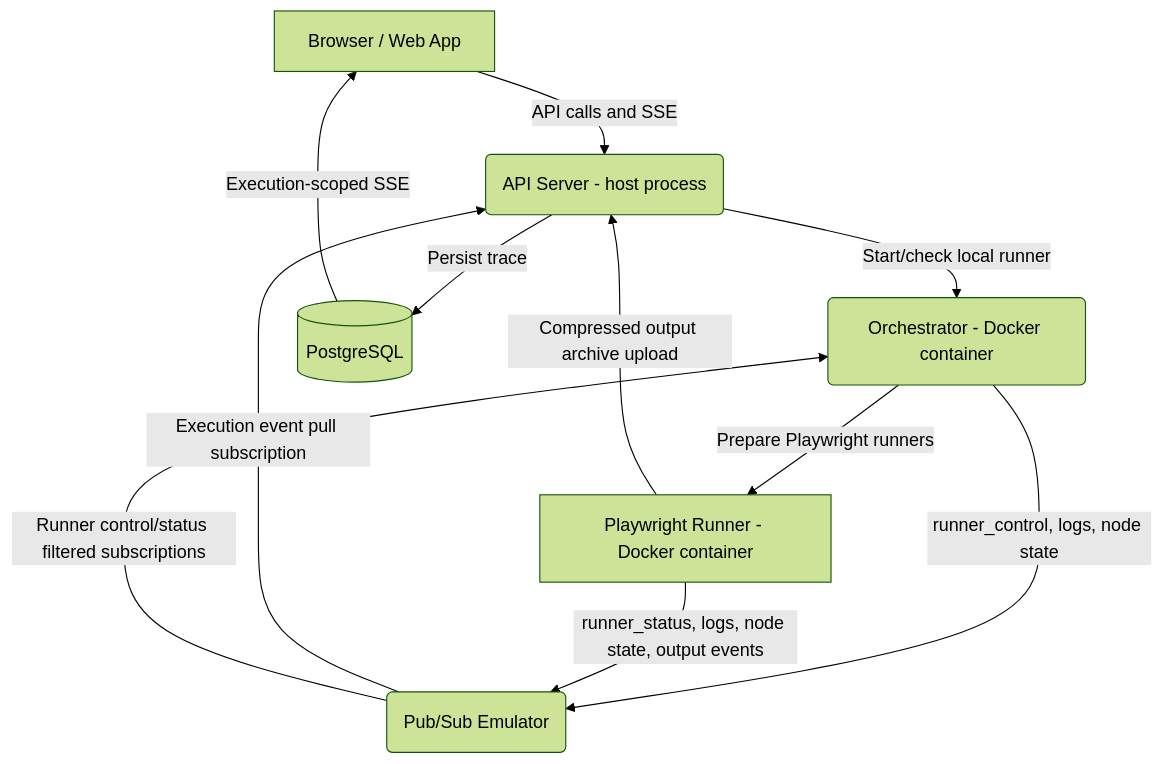
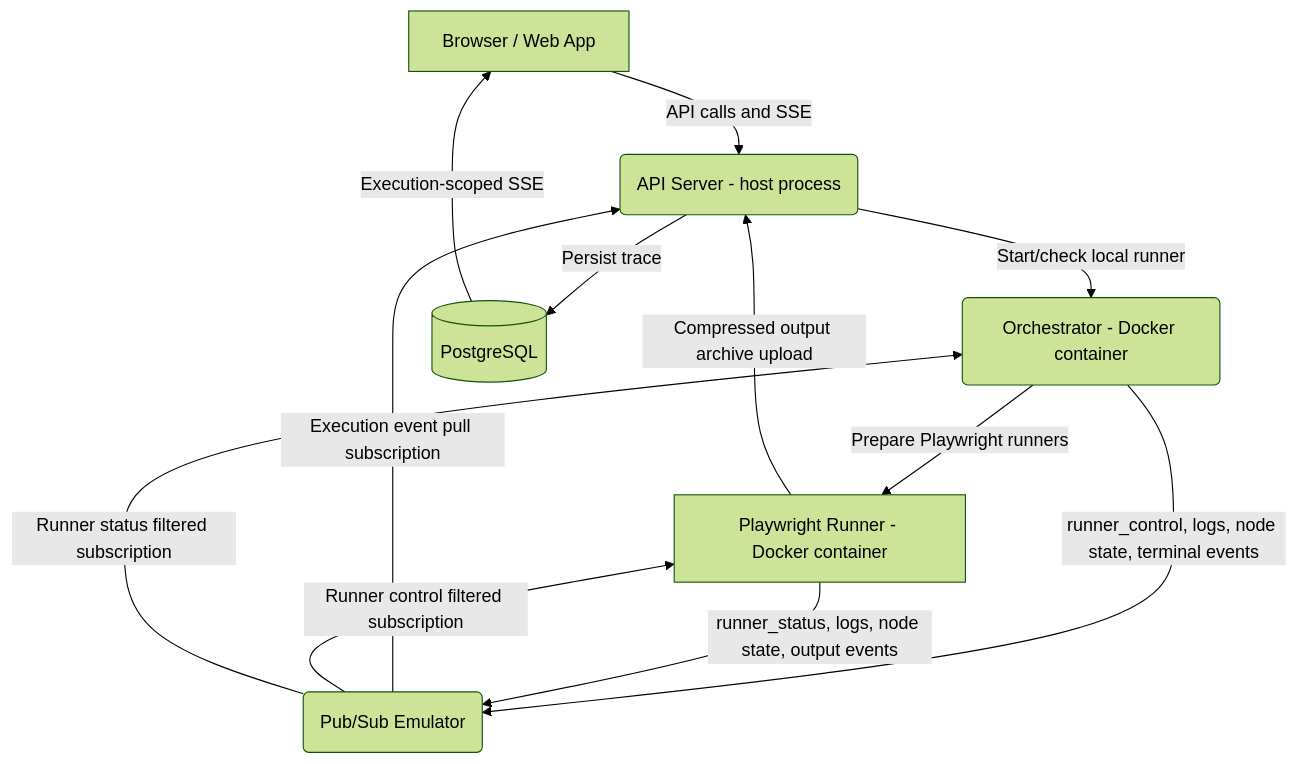
Before and after one commit to playrunner/playrunner: the diagram in docs/docs/runner-architecture/local.md, drawn with Mermaid (forest theme). The commit also changed other lines of this file, not shown here.

Commit message:
docs: enhance local runner architecture documentation with detailed event flow and API interactions

````diff
--- a/docs/docs/runner-architecture/local.md
+++ b/docs/docs/runner-architecture/local.md
@@ -16,13 +16,14 @@
 ```mermaid
 graph TD
     A[Browser / Web App] -->|API calls and SSE| B(API Server - host process)
     B -->|Start/check local runner| C(Orchestrator - Docker container)
     C -->|Prepare Playwright runners| D[Playwright Runner - Docker container]
-    C -->|runner_control, logs, node state| E(Pub/Sub Emulator)
+    C -->|runner_control, logs, node state, terminal events| E(Pub/Sub Emulator)
     D -->|runner_status, logs, node state, output events| E
     E -->|Execution event pull subscription| B
-    E -->|Runner control/status filtered subscriptions| C
+    E -->|Runner control filtered subscription| D
+    E -->|Runner status filtered subscription| C
     D -->|Compressed output archive upload| B
     B -->|Persist trace| F[(PostgreSQL)]
     F -->|Execution-scoped SSE| A
 ```
````
